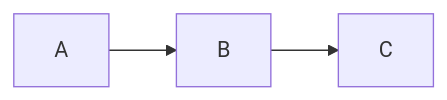
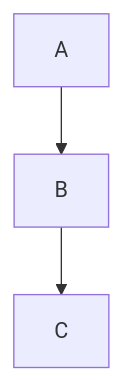
One commit to kenji-manabe/mermaid-test changed the diagram in README.md. Above: the diagram before and after it, drawn with Mermaid.

````diff
--- a/README.md
+++ b/README.md
@@ -3,5 +3,5 @@
 ```mermaid
-flowchart LR
+flowchart TD
     A --> B
     B --> C
 ```
````
